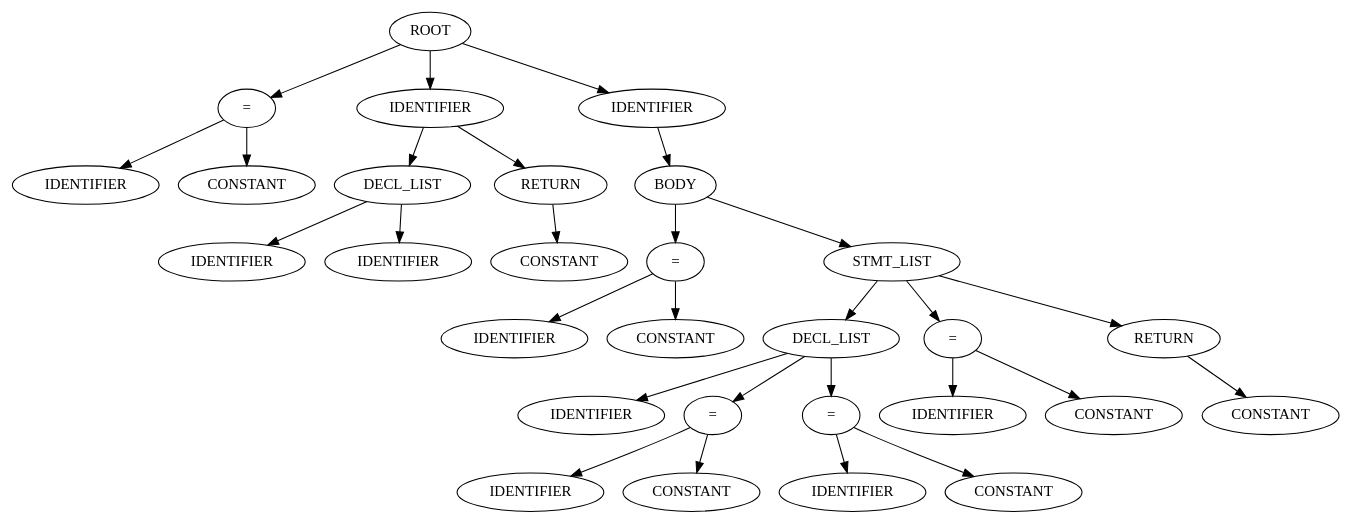
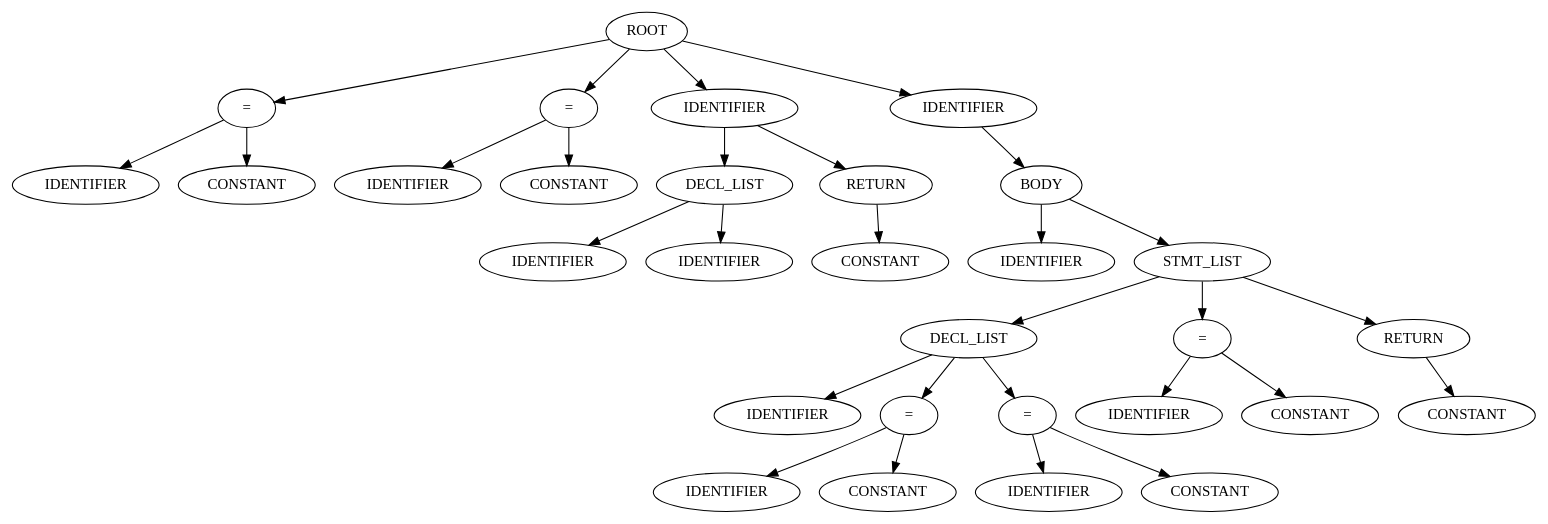
One commit to dipeshdk/codagami_compiler changed the diagram in src/graph.dot. Above: the diagram before and after it, drawn with Graphviz. The commit also changed 10 other files, not shown here.

```diff
--- a/src/graph.dot
+++ b/src/graph.dot
@@ -1,59 +1,61 @@
 strict digraph AST {
 43 [label="ROOT"];
 3 [label="="];
 1 [label="IDENTIFIER"];
 2 [label="CONSTANT"];
+6 [label="="];
 4 [label="IDENTIFIER"];
-9 [label="DECL_LIST"];
+5 [label="CONSTANT"];
 7 [label="IDENTIFIER"];
-8 [label="IDENTIFIER"];
-11 [label="RETURN"];
-10 [label="CONSTANT"];
-12 [label="IDENTIFIER"];
+12 [label="DECL_LIST"];
+10 [label="IDENTIFIER"];
+11 [label="IDENTIFIER"];
+14 [label="RETURN"];
+13 [label="CONSTANT"];
+15 [label="IDENTIFIER"];
 42 [label="BODY"];
-16 [label="="];
-14 [label="IDENTIFIER"];
-15 [label="CONSTANT"];
+17 [label="IDENTIFIER"];
 41 [label="STMT_LIST"];
 31 [label="DECL_LIST"];
-19 [label="IDENTIFIER"];
+20 [label="IDENTIFIER"];
 26 [label="="];
 24 [label="IDENTIFIER"];
 25 [label="CONSTANT"];
 30 [label="="];
 28 [label="IDENTIFIER"];
 29 [label="CONSTANT"];
 37 [label="="];
 35 [label="IDENTIFIER"];
 36 [label="CONSTANT"];
 40 [label="RETURN"];
 39 [label="CONSTANT"];
 43 -> 3
 3 -> 1
 3 -> 2
-43 -> 4
-4 -> 9
-9 -> 7
-9 -> 8
-4 -> 11
-11 -> 10
-43 -> 12
-12 -> 42
-42 -> 16
-16 -> 14
-16 -> 15
+43 -> 6
+6 -> 4
+6 -> 5
+43 -> 7
+7 -> 12
+12 -> 10
+12 -> 11
+7 -> 14
+14 -> 13
+43 -> 15
+15 -> 42
+42 -> 17
 42 -> 41
 41 -> 31
-31 -> 19
+31 -> 20
 31 -> 26
 26 -> 24
 26 -> 25
 31 -> 30
 30 -> 28
 30 -> 29
 41 -> 37
 37 -> 35
 37 -> 36
 41 -> 40
 40 -> 39
 }
```
